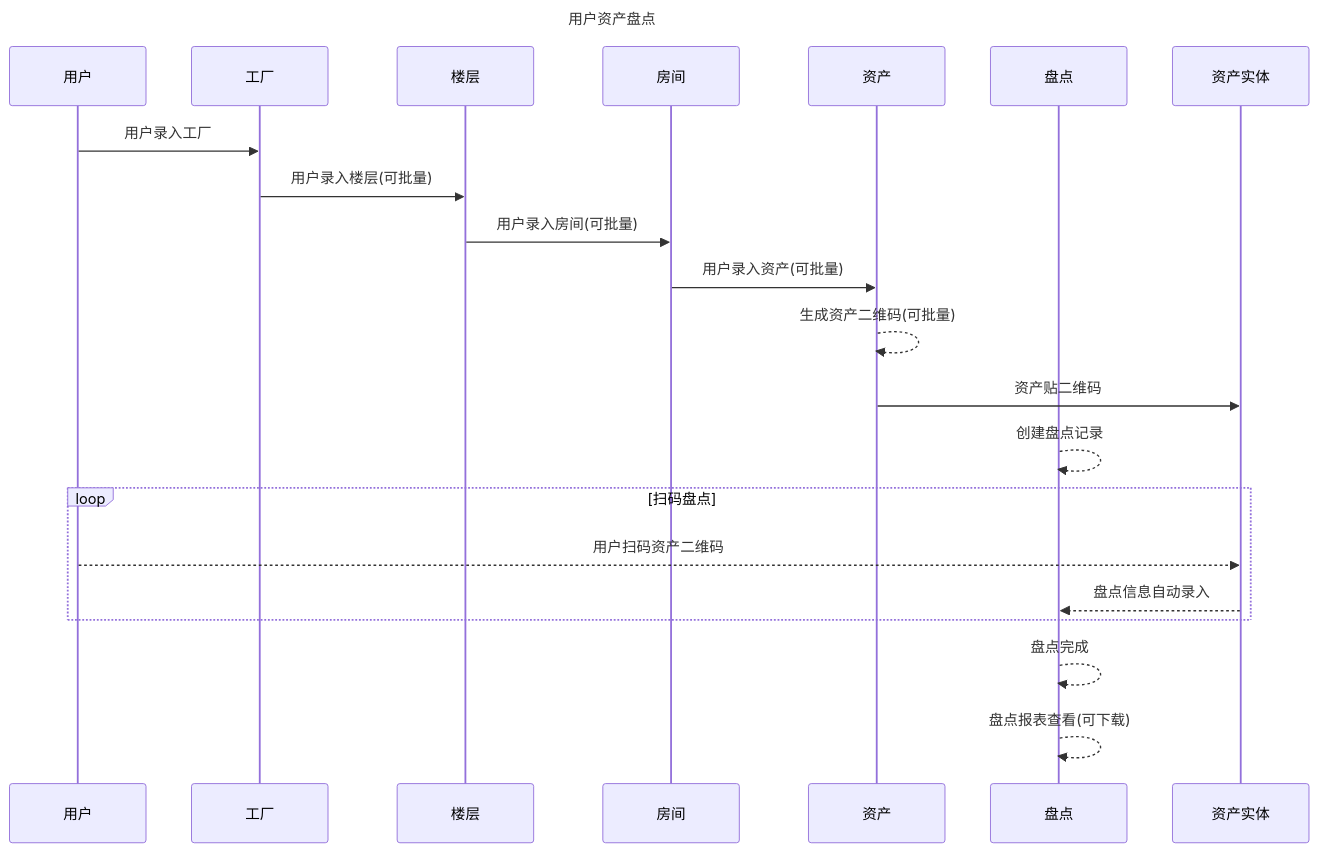
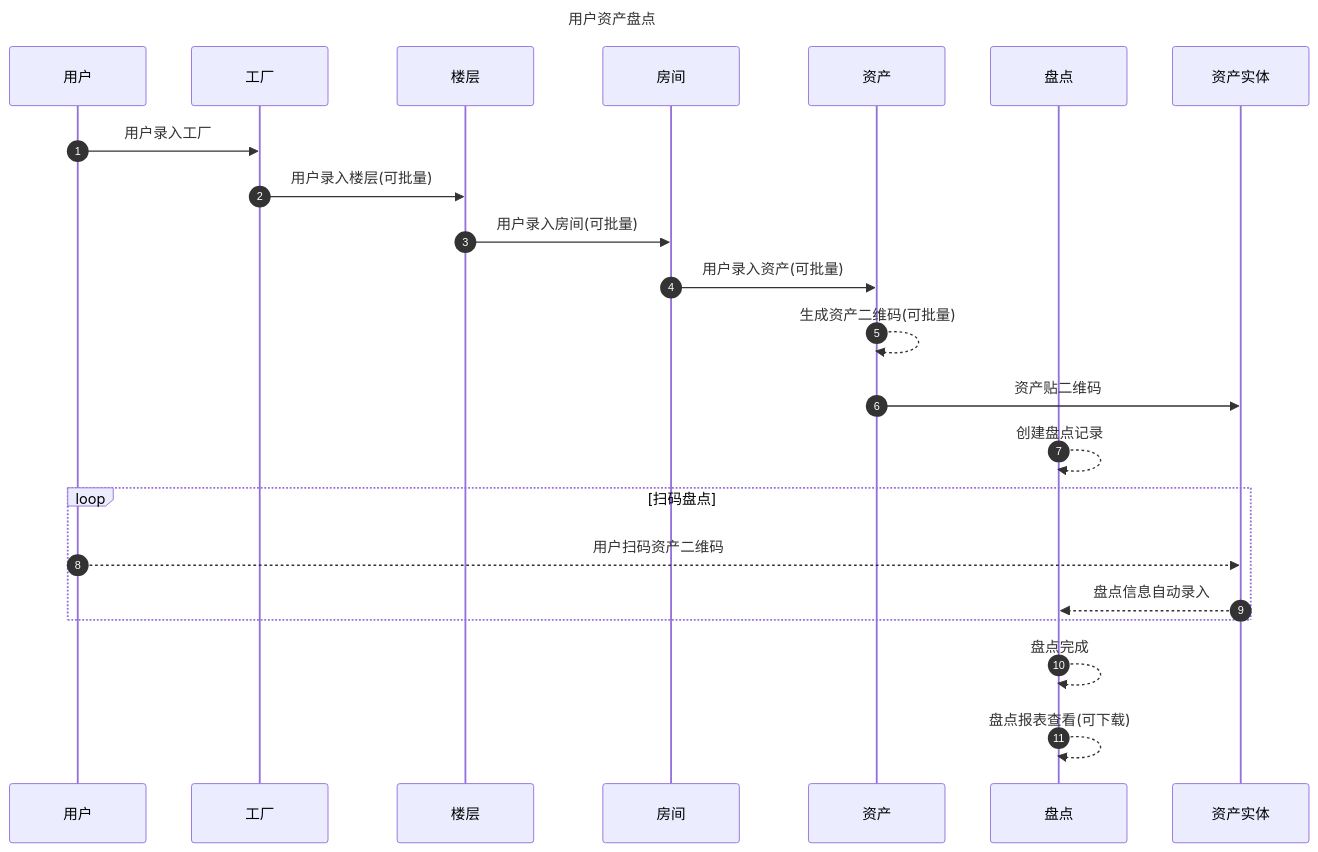
Before and after one commit to fca197/aps-inventory-sales: the first of 2 diagrams in README.md, drawn with Mermaid. The commit also changed other lines of this file, not shown here.

````diff
--- a/README.md
+++ b/README.md
@@ -5,25 +5,26 @@
 ```mermaid
 sequenceDiagram
+autonumber
 title: 用户资产盘点
 
 participant U as 用户
 participant F as 工厂
 participant S as 楼层
 participant R as 房间
 participant P as 资产
 participant C as 盘点
 participant ST as 资产实体
 U->>F: 用户录入工厂
 F->>S: 用户录入楼层(可批量)
 S->>R: 用户录入房间(可批量) 
 R->>P: 用户录入资产(可批量)
 P-->>P: 生成资产二维码(可批量)
 P->>ST: 资产贴二维码
 C-->>C: 创建盘点记录
 loop 扫码盘点
     U-->>ST: 用户扫码资产二维码
     ST-->>C: 盘点信息自动录入
 end
 C-->>C: 盘点完成
 C-->>C: 盘点报表查看(可下载)
 ```
````
